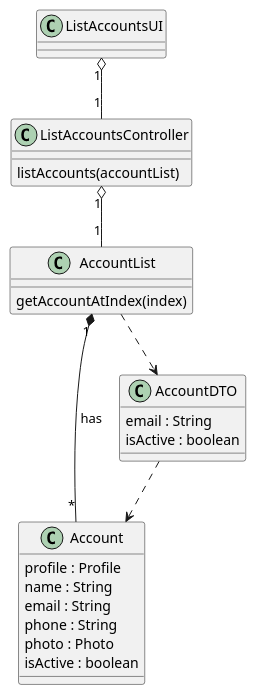
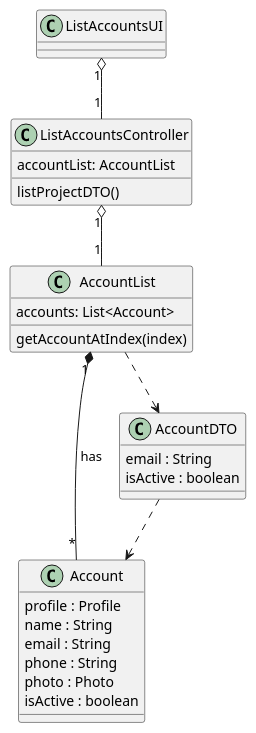
Before and after one commit to ivo-menezes/project_g3: the diagram in docs/modelling_design/user_stories/us004/US004_ListAllAccountsAndStatusCD.puml, drawn with PlantUML. The commit also changed 1 other file, not shown here.

Commit message:
US003 - US004: Design: Updated Class Diagram.

```diff
--- a/docs/modelling_design/user_stories/us004/US004_ListAllAccountsAndStatusCD.puml
+++ b/docs/modelling_design/user_stories/us004/US004_ListAllAccountsAndStatusCD.puml
@@ -1,36 +1,36 @@
 @startuml
 
 class ListAccountsUI {}
 
 class ListAccountsController{
-'accounts: List<Account>
-listAccounts(accountList)
+accountList: AccountList
+listProjectDTO()
 }
 
 
 class Account {
 profile : Profile
 name : String
 email : String
 phone : String
 photo : Photo
 isActive : boolean
 }
 
 class AccountList {
-'accounts: List<Account>
+accounts: List<Account>
 getAccountAtIndex(index)
 }
 
 class AccountDTO {
 email : String
 isActive : boolean
 }
 
 AccountList "1" *-- "*" Account : has
 ListAccountsController "1" o-- "1" AccountList
 ListAccountsUI "1" o-- "1" ListAccountsController
 AccountList ..> AccountDTO
 AccountDTO ..> Account
 
 @enduml
```
